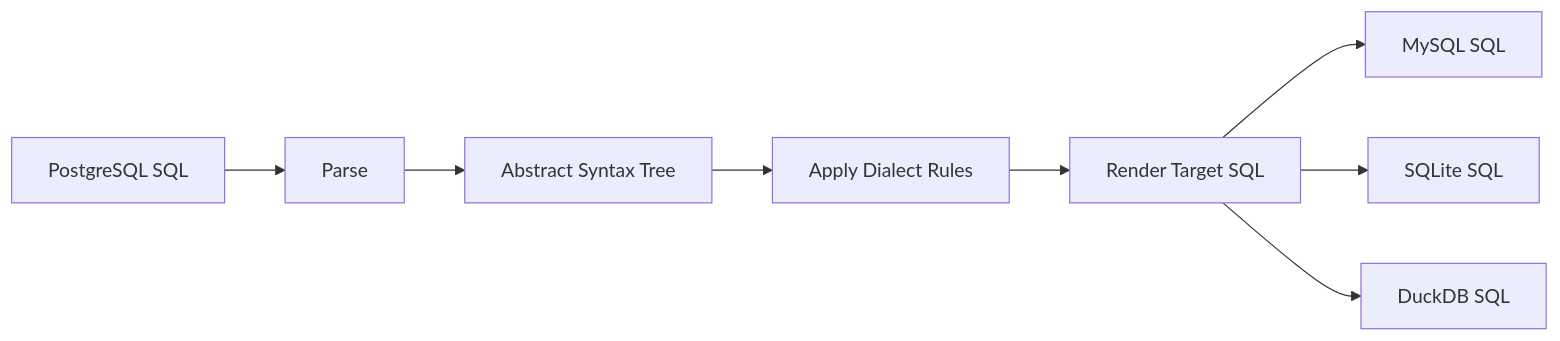
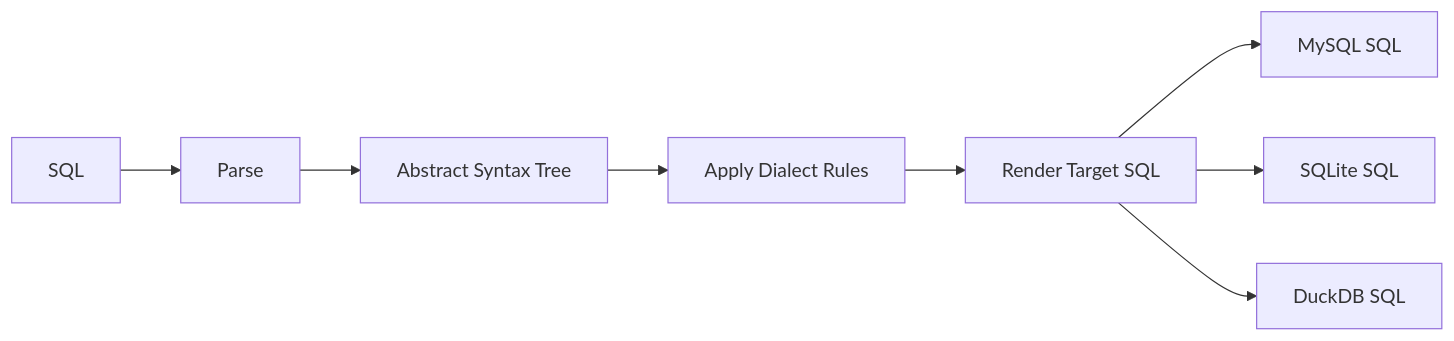
The diagram in docs/guides/dialect-translation.md (gburd/ra), drawn with Mermaid before and after one commit. The commit also changed 4 other files, not shown here.

````diff
--- a/docs/guides/dialect-translation.md
+++ b/docs/guides/dialect-translation.md
@@ -8,10 +8,10 @@
 ```mermaid
 flowchart LR
-    PG[PostgreSQL SQL] --> Parse[Parse]
+    PG[SQL] --> Parse[Parse]
     Parse --> AST[Abstract Syntax Tree]
     AST --> Transform[Apply Dialect Rules]
     Transform --> Render[Render Target SQL]
     Render --> MySQL[MySQL SQL]
     Render --> SQLite[SQLite SQL]
     Render --> DuckDB[DuckDB SQL]
 ```
````
